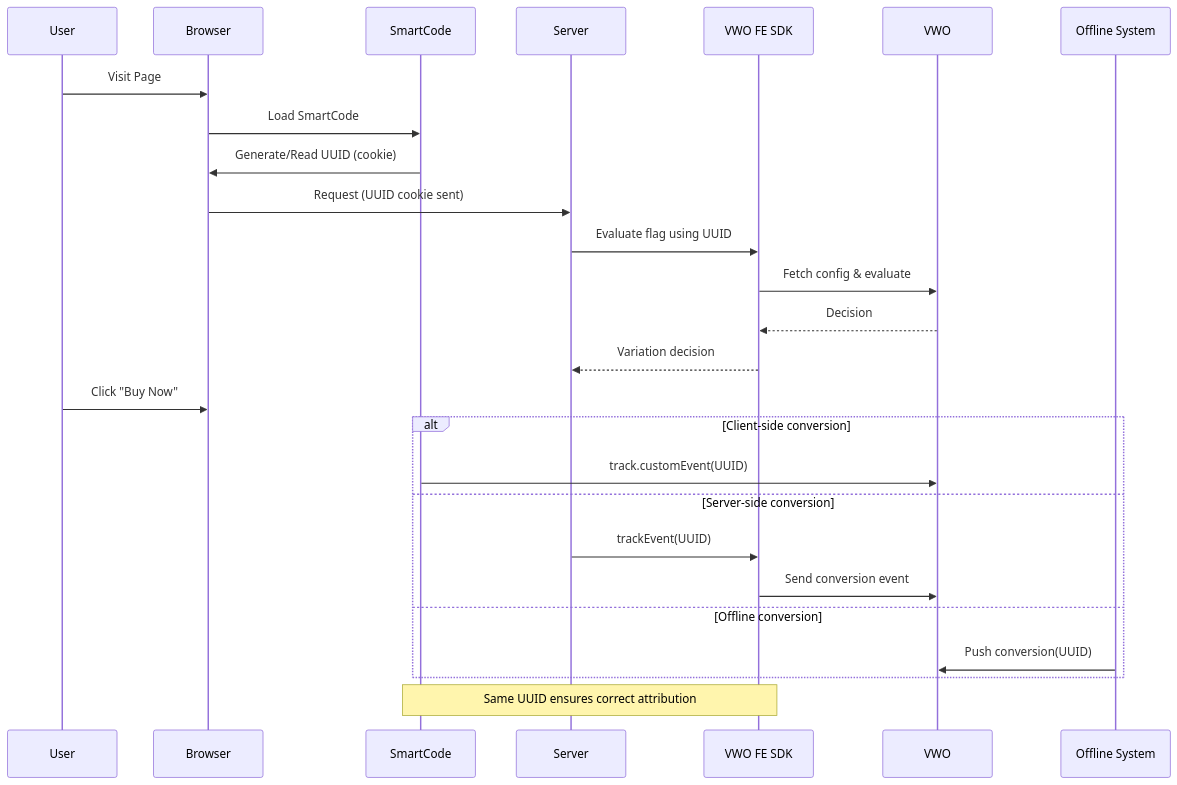
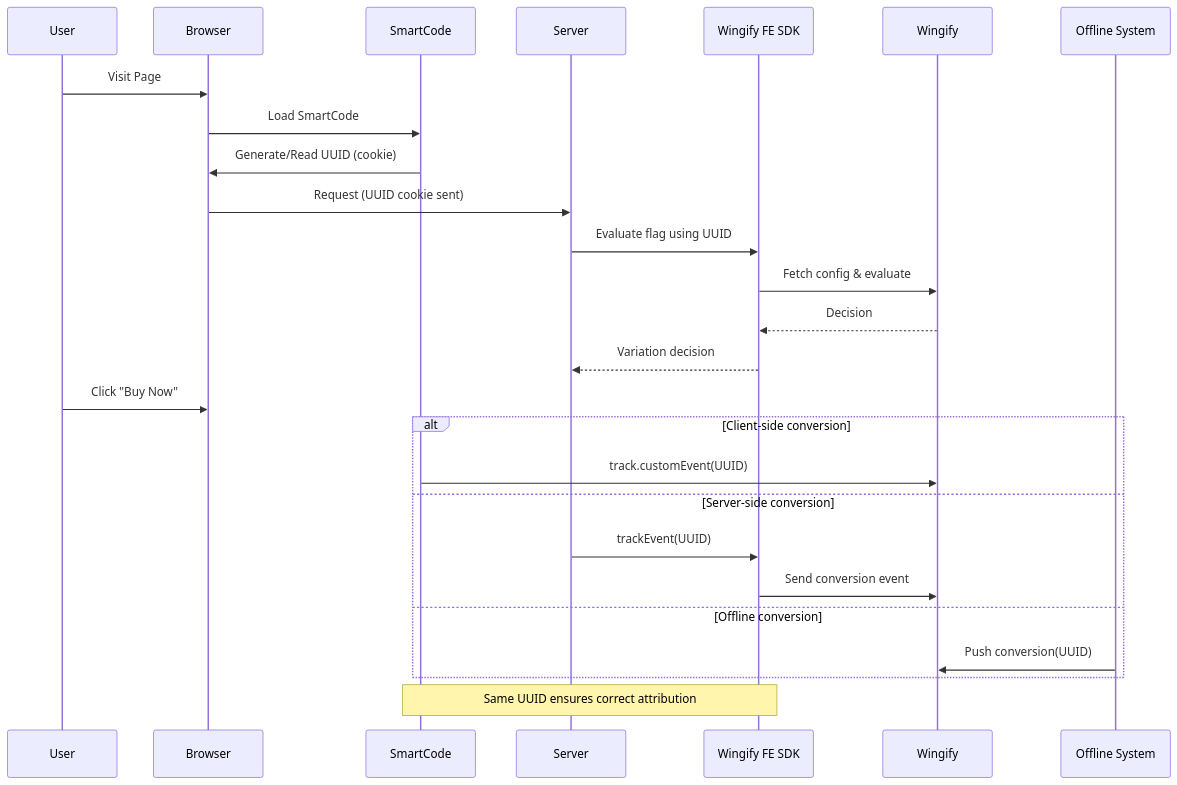
Before and after one commit to wingify/readme-central: the third of 3 diagrams in docs/Unified Experimentation/fme-unified-experimentation-conversion-tracking.md, drawn with Mermaid. The commit also changed other lines of this file, not shown here.

Commit message:
Update doc `fme-unified-experimentation-conversion-tracking`

````diff
--- a/docs/Unified Experimentation/fme-unified-experimentation-conversion-tracking.md
+++ b/docs/Unified Experimentation/fme-unified-experimentation-conversion-tracking.md
@@ -220,33 +222,33 @@
 ```mermaid
 sequenceDiagram
     participant User
     participant Browser
     participant SmartCode
     participant Server
-    participant FE_SDK as VWO FE SDK
-    participant VWO
+    participant FE_SDK as Wingify FE SDK
+    participant Wingify
     participant Data360 as Offline System
 
     User->>Browser: Visit Page
     Browser->>SmartCode: Load SmartCode
     SmartCode->>Browser: Generate/Read UUID (cookie)
 
     Browser->>Server: Request (UUID cookie sent)
     Server->>FE_SDK: Evaluate flag using UUID
-    FE_SDK->>VWO: Fetch config & evaluate
-    VWO-->>FE_SDK: Decision
+    FE_SDK->>Wingify: Fetch config & evaluate
+    Wingify-->>FE_SDK: Decision
     FE_SDK-->>Server: Variation decision
 
     User->>Browser: Click "Buy Now"
 
     alt Client-side conversion
-        SmartCode->>VWO: track.customEvent(UUID)
+        SmartCode->>Wingify: track.customEvent(UUID)
     else Server-side conversion
         Server->>FE_SDK: trackEvent(UUID)
-        FE_SDK->>VWO: Send conversion event
+        FE_SDK->>Wingify: Send conversion event
     else Offline conversion
-        Data360->>VWO: Push conversion(UUID)
+        Data360->>Wingify: Push conversion(UUID)
     end
 
     Note over SmartCode,FE_SDK: Same UUID ensures correct attribution
 ```
````
